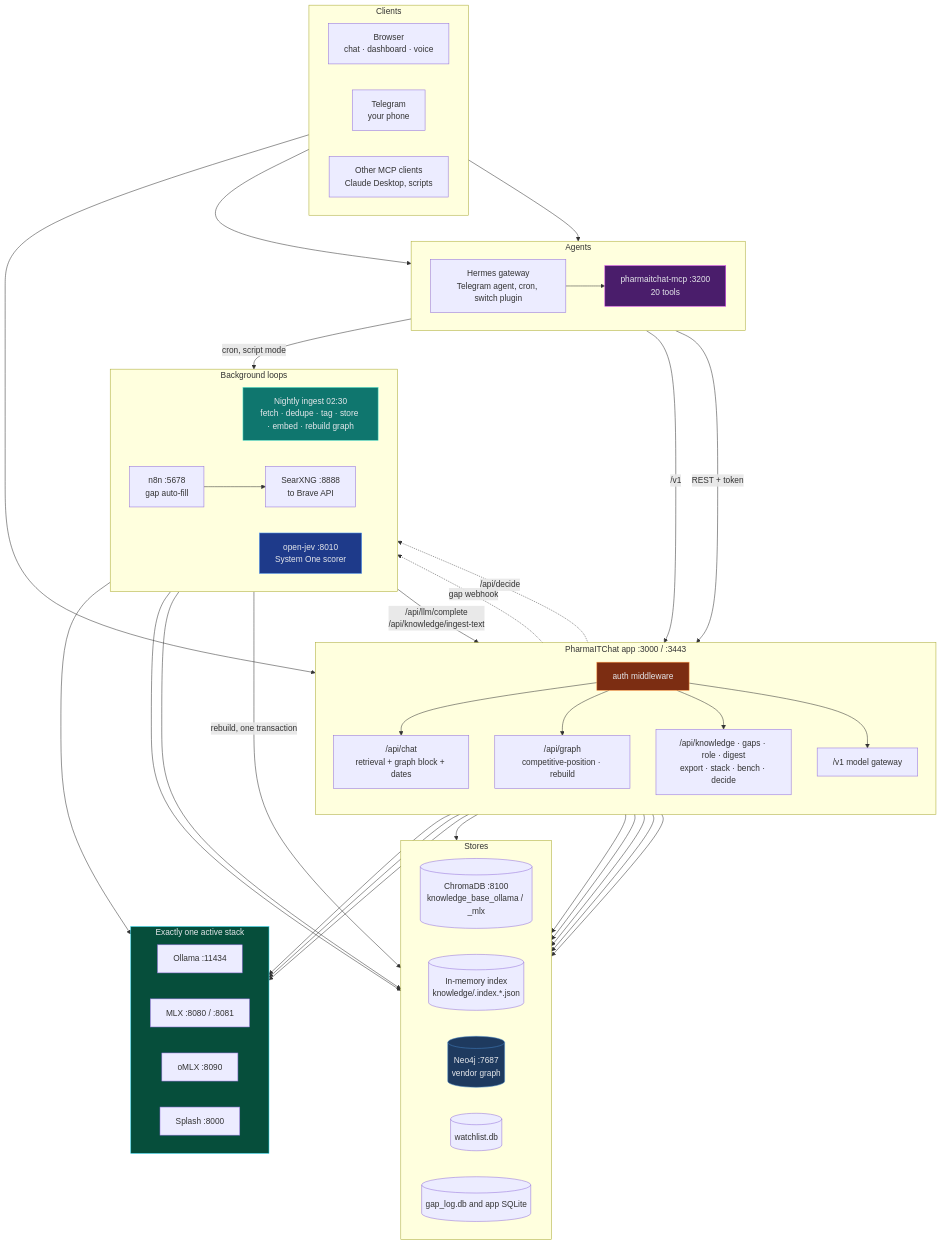
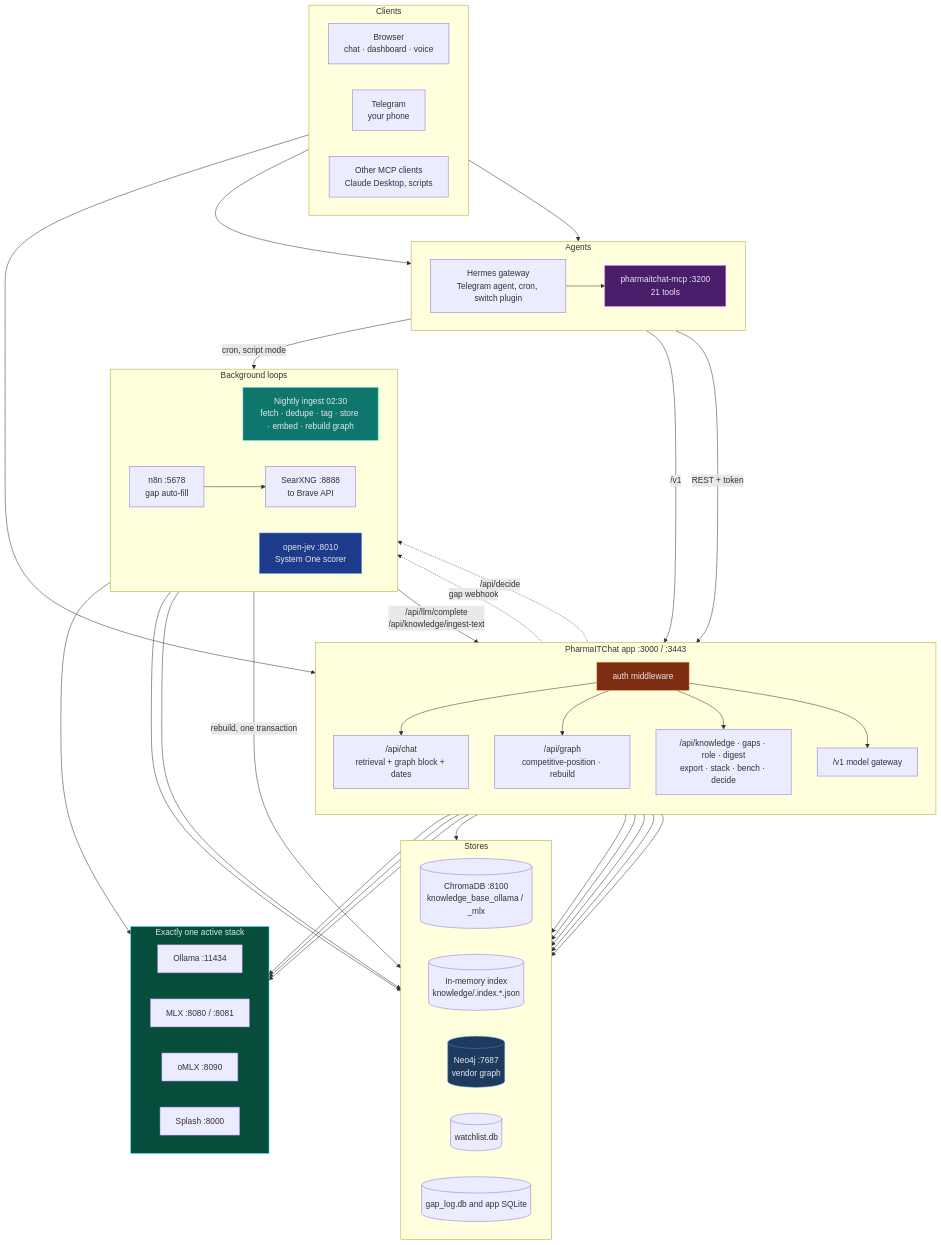
Before and after one commit to sebdallais-git/PharmaIT_Chat_and_Digest: the first of 27 diagrams in README.md, drawn with Mermaid. The commit also changed other lines of this file and 37 other files, not shown here.

```diff
--- a/README.md
+++ b/README.md
@@ -155,7 +155,7 @@
     subgraph AGENTS["Agents"]
         direction LR
         HER["Hermes gateway<br/>Telegram agent, cron, switch plugin"]
-        MCP["pharmaitchat-mcp :3200<br/>20 tools"]
+        MCP["pharmaitchat-mcp :3200<br/>21 tools"]
     end
 
     subgraph APP["PharmaITChat app :3000 / :3443"]
```
